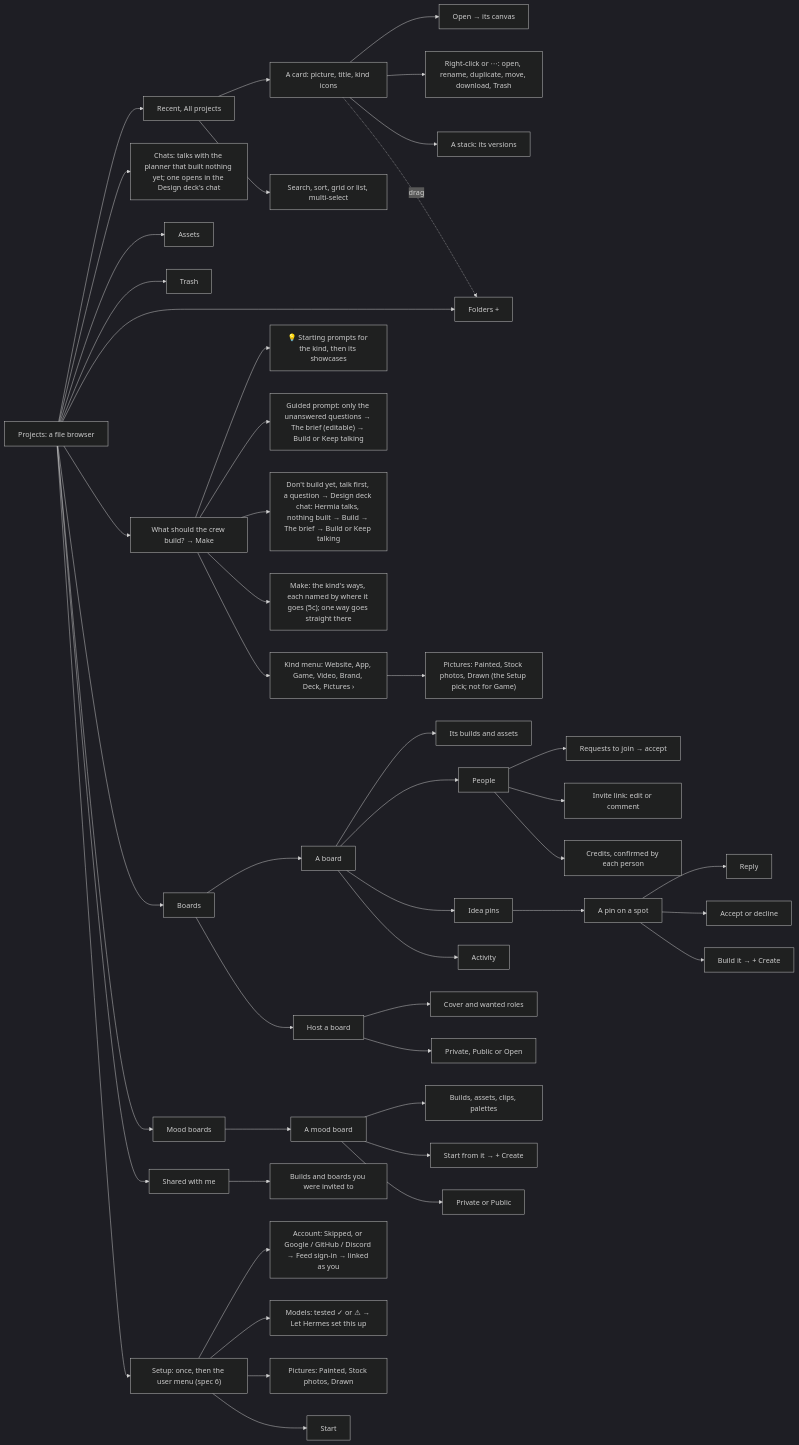
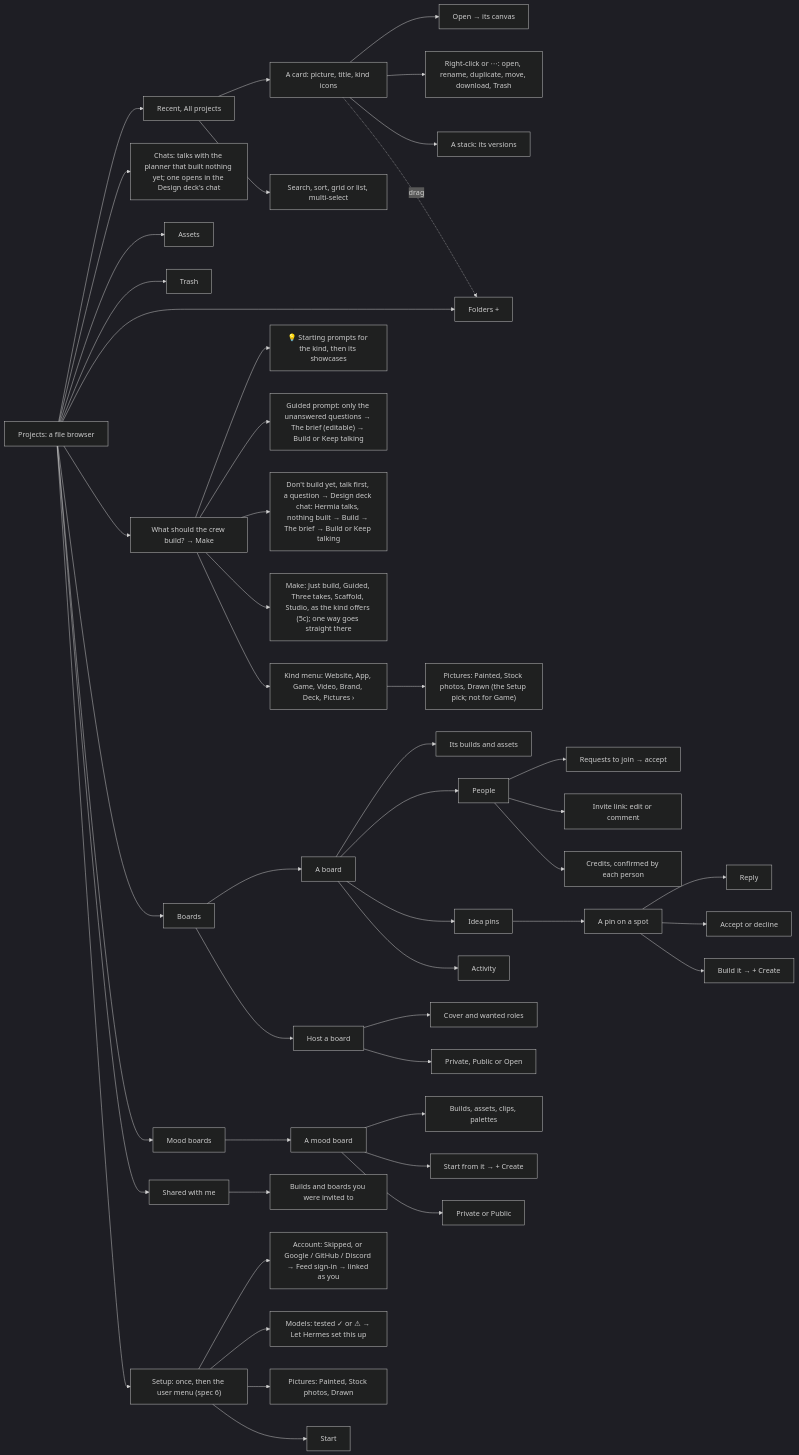
One commit to Pukujan/swarm-studio changed the eighth of 27 diagrams in docs/ux/SITEMAP.md. Above: the diagram before and after it, drawn with Mermaid (dark theme). The commit also changed other lines of this file and 3 other files, not shown here.

First line of the commit message:
Spec 42: the ways to make something (Just build, Guided, Three takes, Scaffold, Studio)

````diff
--- a/docs/ux/SITEMAP.md
+++ b/docs/ux/SITEMAP.md
@@ -222,49 +228,49 @@
 ```mermaid
 flowchart LR
   PROJ[Projects: a file browser] --> MB["Recent, All projects"]
   PROJ --> CH["Chats: talks with the planner that built nothing yet; one opens in the Design deck's chat"]
   PROJ --> AS[Assets]
   PROJ --> TR[Trash]
   PROJ --> FO["Folders +"]
   PROJ --> ASK["What should the crew build? → Make"]
   ASK --> SC["💡 Starting prompts for the kind, then its showcases"]
   ASK --> GR["Guided prompt: only the unanswered questions → The brief (editable) → Build or Keep talking"]
   ASK --> TK["Don't build yet, talk first, a question → Design deck chat: Hermia talks, nothing built → Build → The brief → Build or Keep talking"]
-  ASK --> TU["Make: the kind's ways, each named by where it goes (5c); one way goes straight there"]
+  ASK --> TU["Make: Just build, Guided, Three takes, Scaffold, Studio, as the kind offers (5c); one way goes straight there"]
   ASK --> KM["Kind menu: Website, App, Game, Video, Brand, Deck, Pictures ›"]
   KM --> KMP["Pictures: Painted, Stock photos, Drawn (the Setup pick; not for Game)"]
   PROJ --> BD[Boards]
   PROJ --> MO[Mood boards]
   PROJ --> SW[Shared with me]
   PROJ --> SU["Setup: once, then the user menu (spec 6)"]
   SU --> SU0["Account: Skipped, or Google / GitHub / Discord → Feed sign-in → linked as you"]
   SU --> SU1["Models: tested ✓ or ⚠ → Let Hermes set this up"]
   SU --> SU2["Pictures: Painted, Stock photos, Drawn"]
   SU --> SU3[Start]
   MB --> ST["A card: picture, title, kind icons"]
   MB --> MS["Search, sort, grid or list, multi-select"]
   ST --> ORB["Open → its canvas"]
   ST --> RM["Right-click or ⋯: open, rename, duplicate, move, download, Trash"]
   ST --> VS["A stack: its versions"]
   ST -.->|drag| FO
   BD --> BO[A board]
   BD --> BN[Host a board]
   BN --> BN1["Cover and wanted roles"]
   BN --> BN2["Private, Public or Open"]
   BO --> BW["Its builds and assets"]
   BO --> BP[People]
   BO --> BI[Idea pins]
   BO --> BA[Activity]
   BP --> BP1["Requests to join → accept"]
   BP --> BP2["Invite link: edit or comment"]
   BP --> BP3["Credits, confirmed by each person"]
   BI --> PIN[A pin on a spot]
   PIN --> PIN1[Reply]
   PIN --> PIN2[Accept or decline]
   PIN --> PIN3["Build it → + Create"]
   MO --> MOB[A mood board]
   MOB --> MOI["Builds, assets, clips, palettes"]
   MOB --> MOS["Start from it → + Create"]
   MOB --> MOV["Private or Public"]
   SW --> SWB["Builds and boards you were invited to"]
 ```
````
